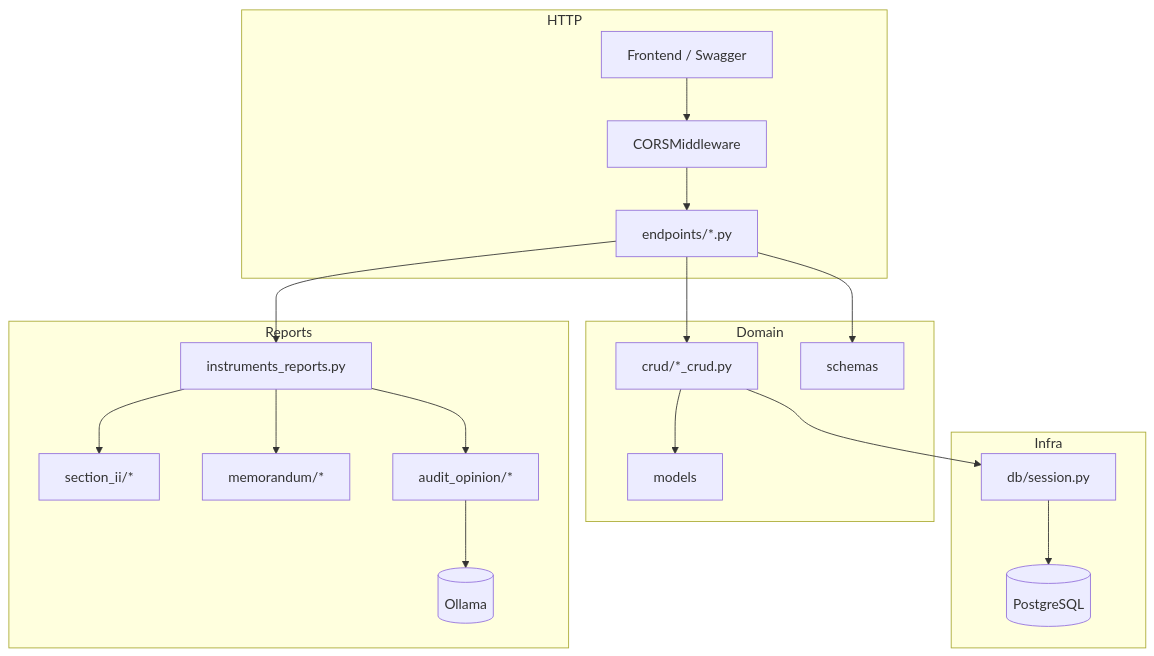
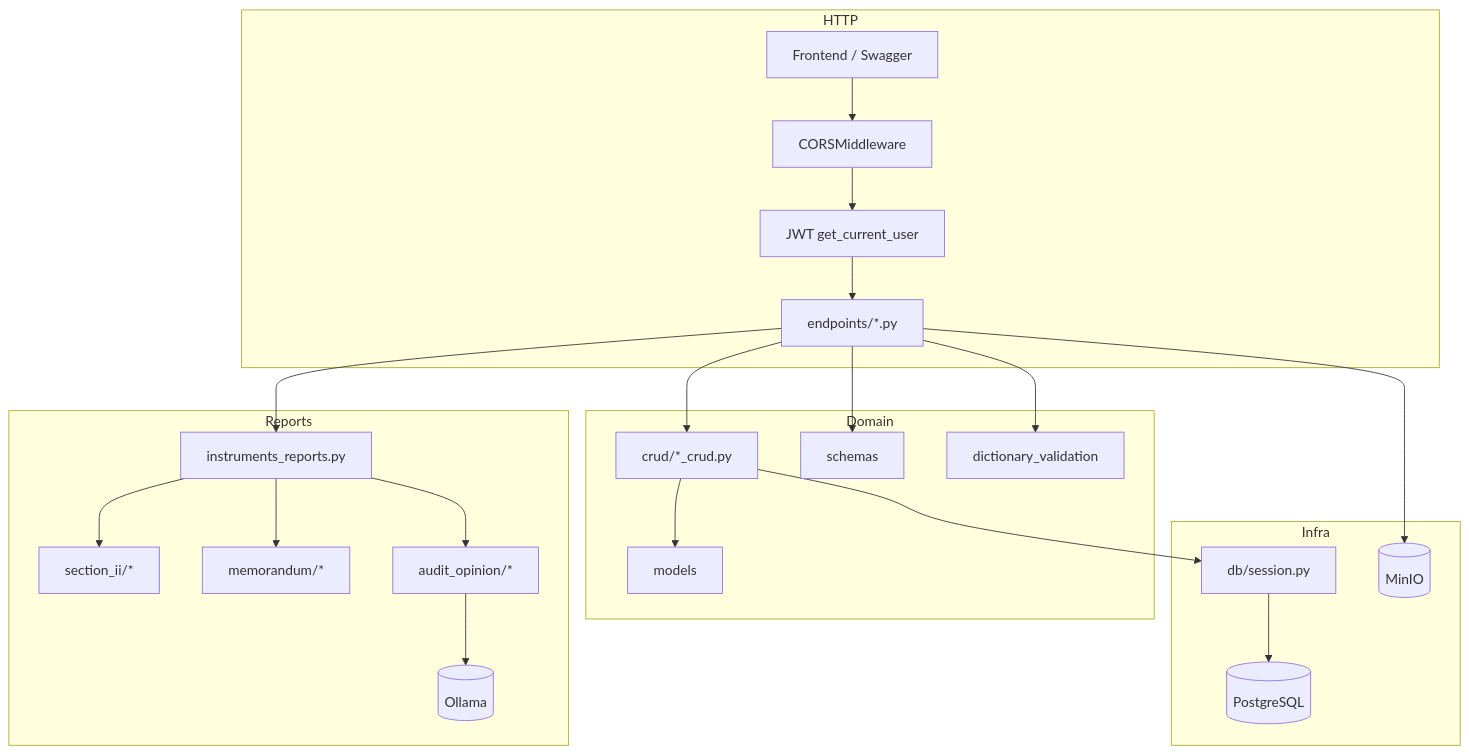
One commit to sweetd0vee/sokol changed the first of 6 diagrams in sokol-backend/docs/ARCHITECTURE.md. Above: the diagram before and after it, drawn with Mermaid. The commit also changed other lines of this file and 46 other files, not shown here.

````diff
--- a/sokol-backend/docs/ARCHITECTURE.md
+++ b/sokol-backend/docs/ARCHITECTURE.md
@@ -37,38 +38,43 @@
 ```mermaid
 flowchart TB
   subgraph HTTP
     Client[Frontend / Swagger]
     MW[CORSMiddleware]
+    AUTH[JWT get_current_user]
     EP[endpoints/*.py]
   end
 
   subgraph Domain
     CRUD[crud/*_crud.py]
     SCH[schemas]
     ORM[models]
+    VAL[dictionary_validation]
   end
 
   subgraph Infra
     SES[db/session.py]
     PG[(PostgreSQL)]
+    MINIO[(MinIO)]
   end
 
   subgraph Reports
     TOOLS[instruments_reports.py]
     SII[section_ii/*]
     MEM[memorandum/*]
     AO[audit_opinion/*]
     OLL[(Ollama)]
   end
 
-  Client --> MW --> EP
+  Client --> MW --> AUTH --> EP
   EP --> CRUD
+  EP --> VAL
   CRUD --> SES --> PG
   EP --> SCH
   CRUD --> ORM
   EP --> TOOLS
+  EP --> MINIO
   TOOLS --> SII
   TOOLS --> MEM
   TOOLS --> AO
   AO --> OLL
 ```
````
